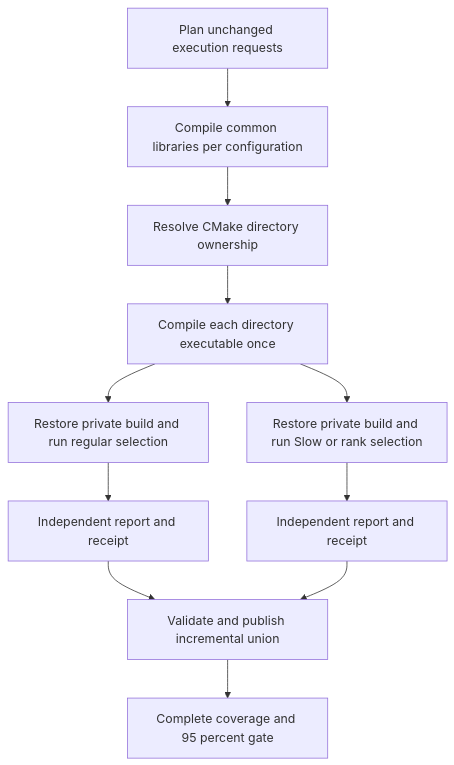
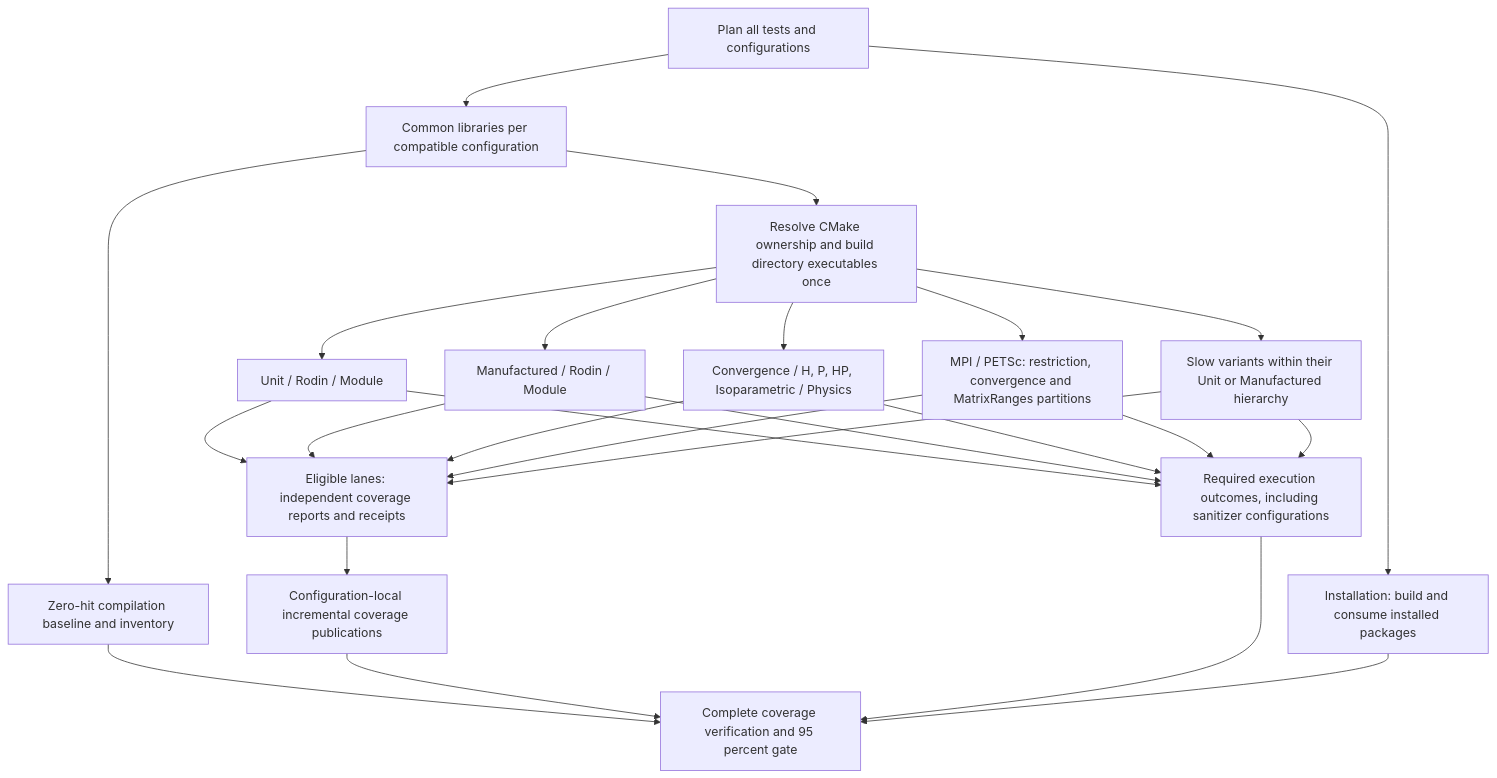
One commit to cbritopacheco/rodin changed the diagram in .github/workflows/README.md. Above: the diagram before and after it, drawn with Mermaid. The commit also changed other lines of this file and 25 other files, not shown here.

````diff
--- a/.github/workflows/README.md
+++ b/.github/workflows/README.md
@@ -87,13 +87,30 @@
 ```mermaid
 flowchart TD
-  P[Plan unchanged execution requests] --> C[Compile common libraries per configuration]
-  C --> D[Resolve CMake directory ownership]
-  D --> B[Compile each directory executable once]
-  B --> E1[Restore private build and run regular selection]
-  B --> E2[Restore private build and run Slow or rank selection]
-  E1 --> R1[Independent report and receipt]
-  E2 --> R2[Independent report and receipt]
-  R1 --> U[Validate and publish incremental union]
-  R2 --> U
-  U --> F[Complete coverage and 95 percent gate]
+    P[Plan all tests and configurations] --> C[Common libraries per compatible configuration]
+    P --> I[Installation: build and consume installed packages]
+    C --> D[Resolve CMake ownership and build directory executables once]
+    C --> B[Zero-hit compilation baseline and inventory]
+
+    D --> U[Unit / Rodin / Module]
+    D --> M[Manufactured / Rodin / Module]
+    D --> V[Convergence / H, P, HP, Isoparametric / Physics]
+    D --> A[MPI / PETSc: restriction, convergence and MatrixRanges partitions]
+    D --> S[Slow variants within their Unit or Manufactured hierarchy]
+
+    U --> R[Eligible lanes: independent coverage reports and receipts]
+    M --> R
+    V --> R
+    A --> R
+    S --> R
+    U --> T[Required execution outcomes, including sanitizer configurations]
+    M --> T
+    V --> T
+    A --> T
+    S --> T
+
+    R --> Q[Configuration-local incremental coverage publications]
+    B --> F[Complete coverage verification and 95 percent gate]
+    Q --> F
+    T --> F
+    I --> F
 ```
````
